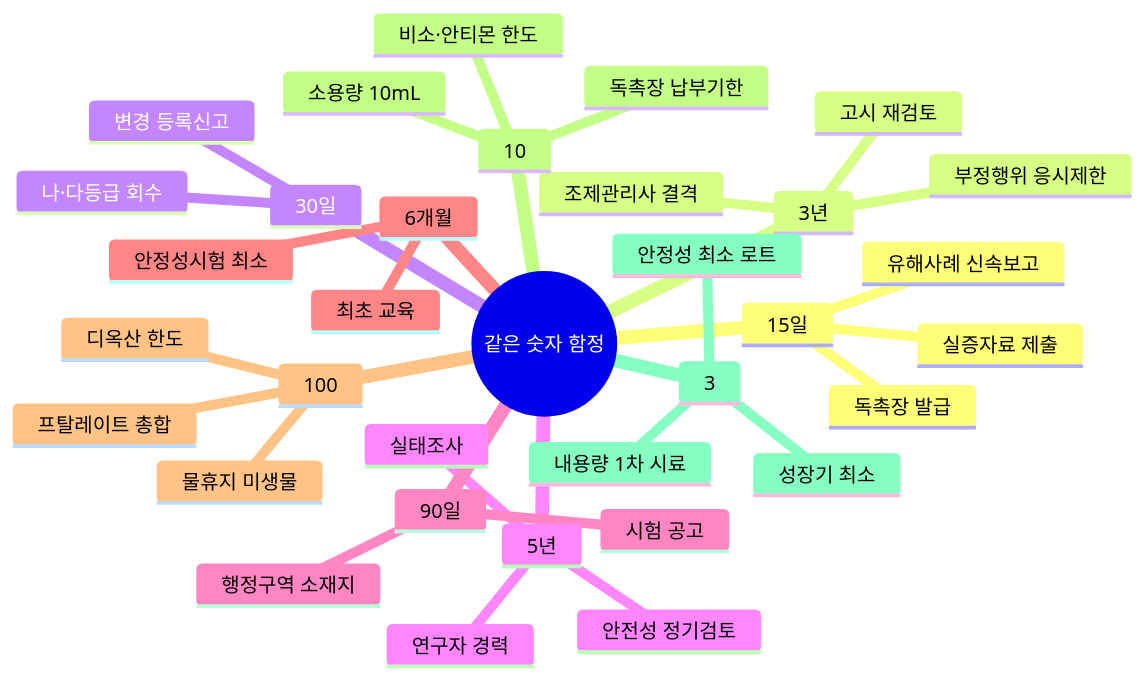
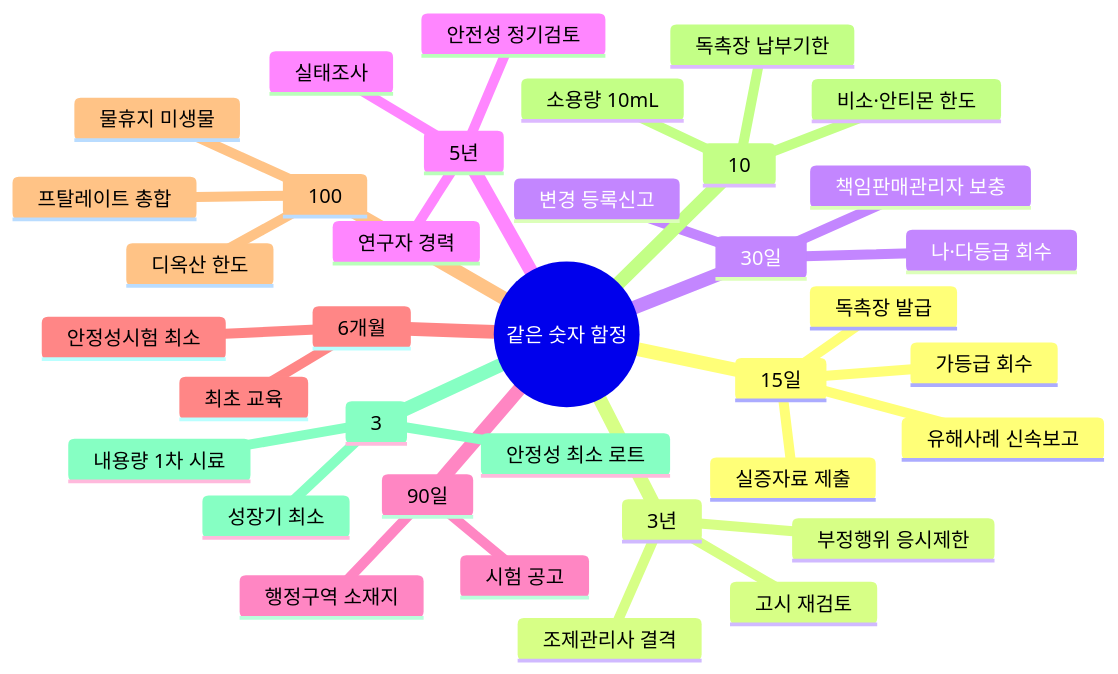
Before and after one commit to skygoldlee-cyber/Personalized_Skincare: the seventh of 7 diagrams in content/두음법_암기_총정리.md, drawn with Mermaid. The commit also changed other lines of this file and 5 other files, not shown here.

````diff
--- a/content/두음법_암기_총정리.md
+++ b/content/두음법_암기_총정리.md
@@ -631,37 +635,39 @@
 ```mermaid
 mindmap
  root((같은 숫자 함정))
   15일
    유해사례 신속보고
    실증자료 제출
    독촉장 발급
+   가등급 회수
   3년
    조제관리사 결격
    부정행위 응시제한
    고시 재검토
   30일
    변경 등록신고
    나·다등급 회수
+   책임판매관리자 보충
   5년
    안전성 정기검토
    실태조사
    연구자 경력
   90일
    행정구역 소재지
    시험 공고
   6개월
    최초 교육
    안정성시험 최소
   100
    물휴지 미생물
    디옥산 한도
    프탈레이트 총합
   10
    비소·안티몬 한도
    독촉장 납부기한
    소용량 10mL
   3
    내용량 1차 시료
    안정성 최소 로트
    성장기 최소
 ```
````
